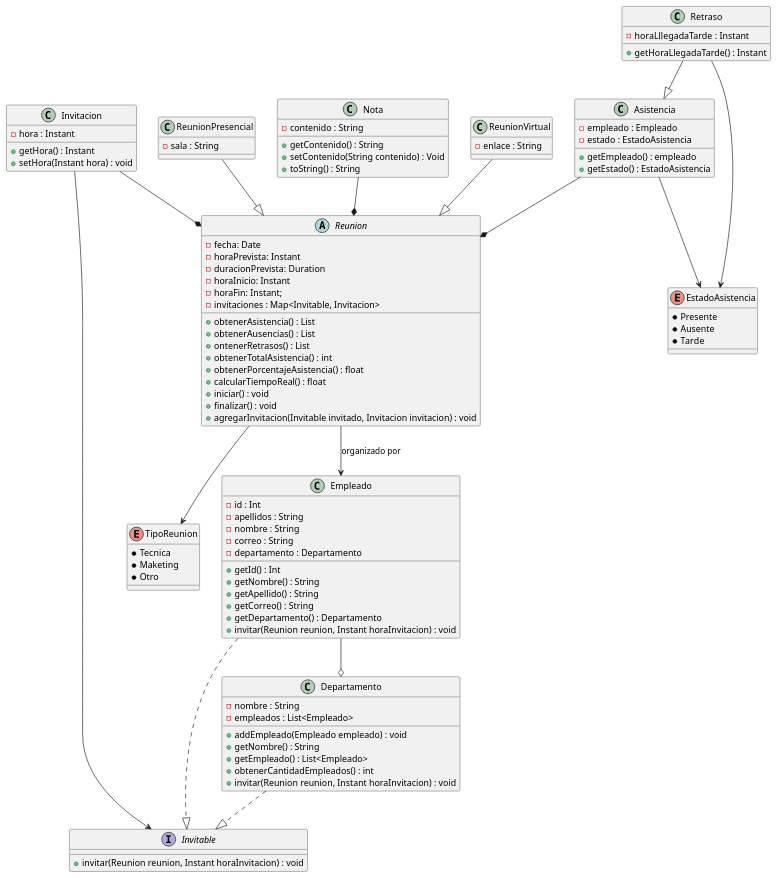
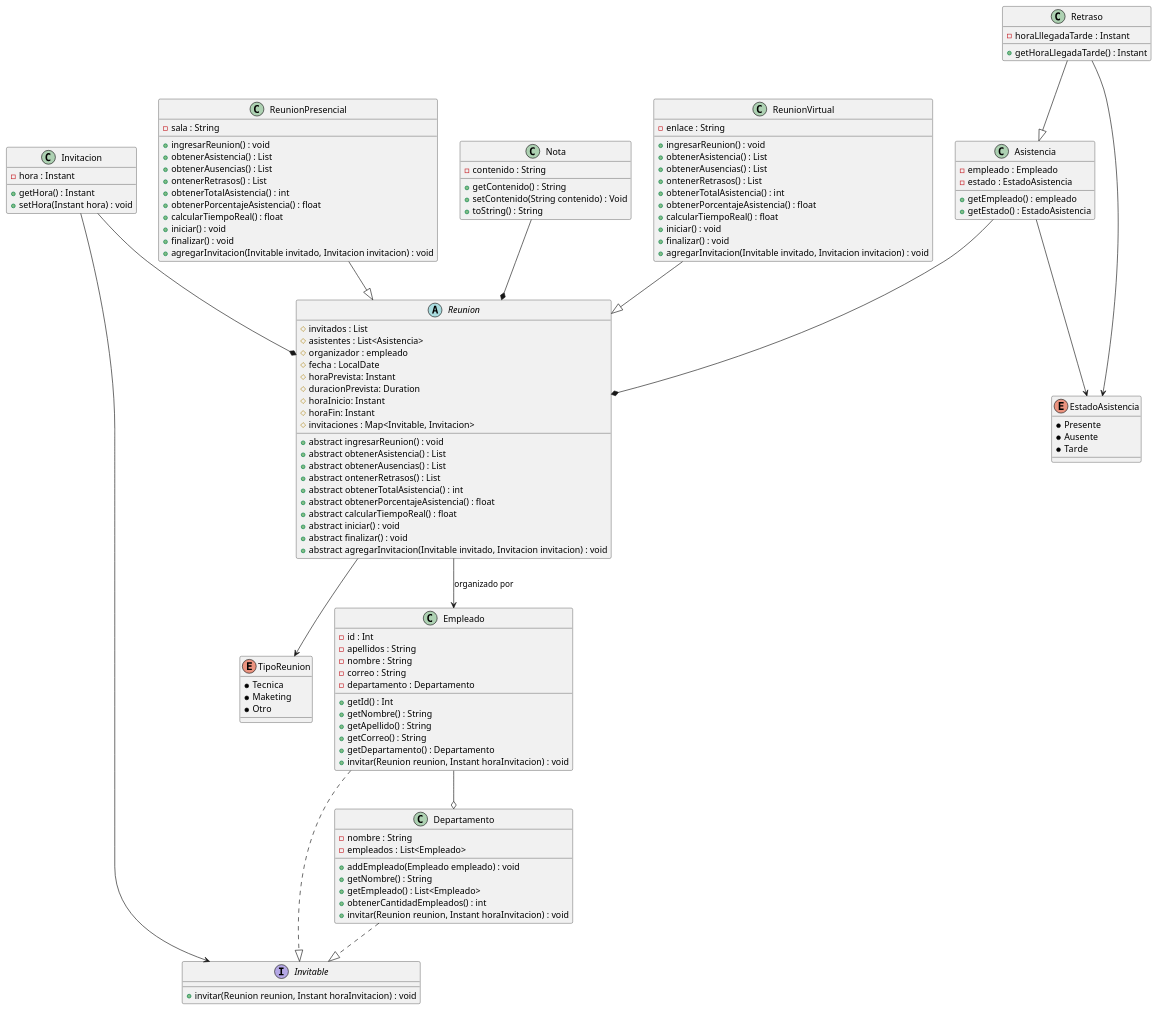
The diagram in UML.puml (d-a-t-s/Tarea2), drawn with PlantUML before and after one commit. The commit also changed 1 other file, not shown here.

Commit message:
Updated UML

```diff
--- a/UML.puml
+++ b/UML.puml
@@ -1,120 +1,145 @@
 @startuml
 
 abstract class Reunion {
-    - fecha: Date
-    - horaPrevista: Instant
-    - duracionPrevista: Duration
-    - horaInicio: Instant
-    - horaFin: Instant;
-    - invitaciones : Map<Invitable, Invitacion>
+    # invitados : List
+    #asistentes : List<Asistencia>
+    #organizador : empleado
+    #fecha : LocalDate
+    # horaPrevista: Instant
+    # duracionPrevista: Duration
+    # horaInicio: Instant
+    # horaFin: Instant
+    # invitaciones : Map<Invitable, Invitacion>
 
-
-    + obtenerAsistencia() : List
-    + obtenerAusencias() : List
-    + ontenerRetrasos() : List
-    + obtenerTotalAsistencia() : int
-    + obtenerPorcentajeAsistencia() : float
-    + calcularTiempoReal() : float
-    + iniciar() : void
-    + finalizar() : void
-    + agregarInvitacion(Invitable invitado, Invitacion invitacion) : void
+    +abstract ingresarReunion() : void
+    +abstract obtenerAsistencia() : List
+    +abstract obtenerAusencias() : List
+    +abstract ontenerRetrasos() : List
+    +abstract obtenerTotalAsistencia() : int
+    +abstract obtenerPorcentajeAsistencia() : float
+    +abstract calcularTiempoReal() : float
+    +abstract iniciar() : void
+    +abstract finalizar() : void
+    +abstract agregarInvitacion(Invitable invitado, Invitacion invitacion) : void
 }
 
 enum TipoReunion {
   * Tecnica
   * Maketing
   * Otro
 }
 
 enum EstadoAsistencia {
     * Presente
     * Ausente
     * Tarde
 }
 
 class Nota {
   - contenido : String
 
   +getContenido() : String
   +setContenido(String contenido) : Void
   +toString() : String
 }
 
 class Invitacion {
   - hora : Instant
 
   +getHora() : Instant
   +setHora(Instant hora) : void
 }
 
 class Asistencia {
     - empleado : Empleado
     - estado : EstadoAsistencia
 
     + getEmpleado() : empleado
     + getEstado() : EstadoAsistencia
 }
 
 interface Invitable {
 
     +invitar(Reunion reunion, Instant horaInvitacion) : void
 }
 
 class ReunionVirtual {
     - enlace : String
+
+    + ingresarReunion() : void
+    + obtenerAsistencia() : List
+    + obtenerAusencias() : List
+    + ontenerRetrasos() : List
+    + obtenerTotalAsistencia() : int
+    + obtenerPorcentajeAsistencia() : float
+    + calcularTiempoReal() : float
+    + iniciar() : void
+    + finalizar() : void
+    + agregarInvitacion(Invitable invitado, Invitacion invitacion) : void
 }
 
 class ReunionPresencial {
     - sala : String
+
+    + ingresarReunion() : void
+        + obtenerAsistencia() : List
+        + obtenerAusencias() : List
+        + ontenerRetrasos() : List
+        + obtenerTotalAsistencia() : int
+        + obtenerPorcentajeAsistencia() : float
+        + calcularTiempoReal() : float
+        + iniciar() : void
+        + finalizar() : void
+        + agregarInvitacion(Invitable invitado, Invitacion invitacion) : void
 }
 
 class Retraso {
     - horaLllegadaTarde : Instant
 
     +getHoraLlegadaTarde() : Instant
 }
 
 class Empleado {
     - id : Int
     - apellidos : String
     - nombre : String
     - correo : String
     - departamento : Departamento
 
     +getId() : Int
     +getNombre() : String
     +getApellido() : String
     +getCorreo() : String
     +getDepartamento() : Departamento
     +invitar(Reunion reunion, Instant horaInvitacion) : void
 
 
 }
 
 class Departamento {
     - nombre : String
     - empleados : List<Empleado>
 
     +addEmpleado(Empleado empleado) : void
     +getNombre() : String
     +getEmpleado() : List<Empleado>
     +obtenerCantidadEmpleados() : int
     +invitar(Reunion reunion, Instant horaInvitacion) : void
 }
 
 Nota --* Reunion
 Asistencia --* Reunion
 Invitacion --* Reunion
 ReunionVirtual --|> Reunion
 ReunionPresencial --|> Reunion
 Reunion --> TipoReunion
 Invitacion --> Invitable
 Retraso --|> Asistencia
 Reunion  --> Empleado: organizado por
 Empleado --o Departamento
 Empleado ..|> Invitable
 Departamento ..|> Invitable
 Asistencia --> EstadoAsistencia
 Retraso --> EstadoAsistencia
 
 @enduml
```
